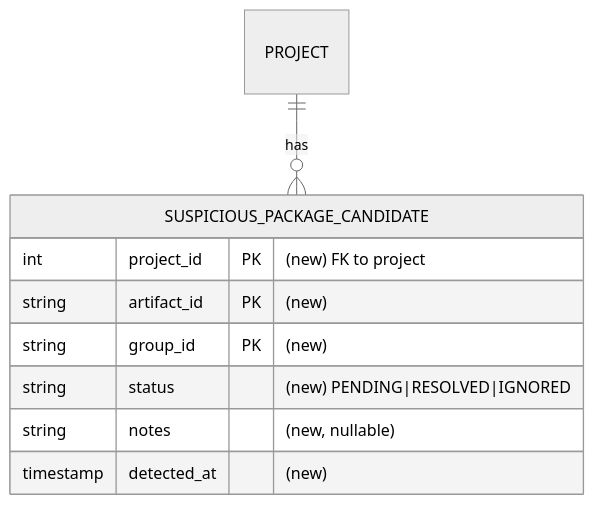
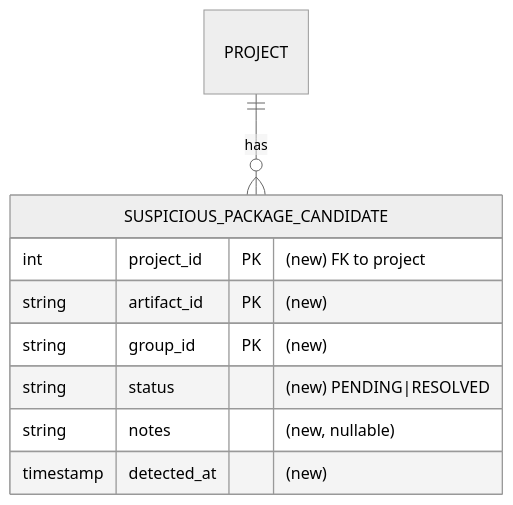
The diagram in docs/specs/suspicious-package-candidate-collection/spec.md (Dan4Life/klibs-io), drawn with Mermaid (neutral theme) before and after one commit. The commit also changed other lines of this file and 3 other files, not shown here.

````diff
--- a/docs/specs/suspicious-package-candidate-collection/spec.md
+++ b/docs/specs/suspicious-package-candidate-collection/spec.md
@@ -101,12 +101,12 @@
 ```mermaid
 erDiagram
     PROJECT ||--o{ SUSPICIOUS_PACKAGE_CANDIDATE : has
     SUSPICIOUS_PACKAGE_CANDIDATE {
         int project_id PK "(new) FK to project"
         string artifact_id PK "(new)"
         string group_id PK "(new)"
-        string status "(new) PENDING|RESOLVED|IGNORED"
+        string status "(new) PENDING|RESOLVED"
         string notes "(new, nullable)"
         timestamp detected_at "(new)"
     }
 ```
````
